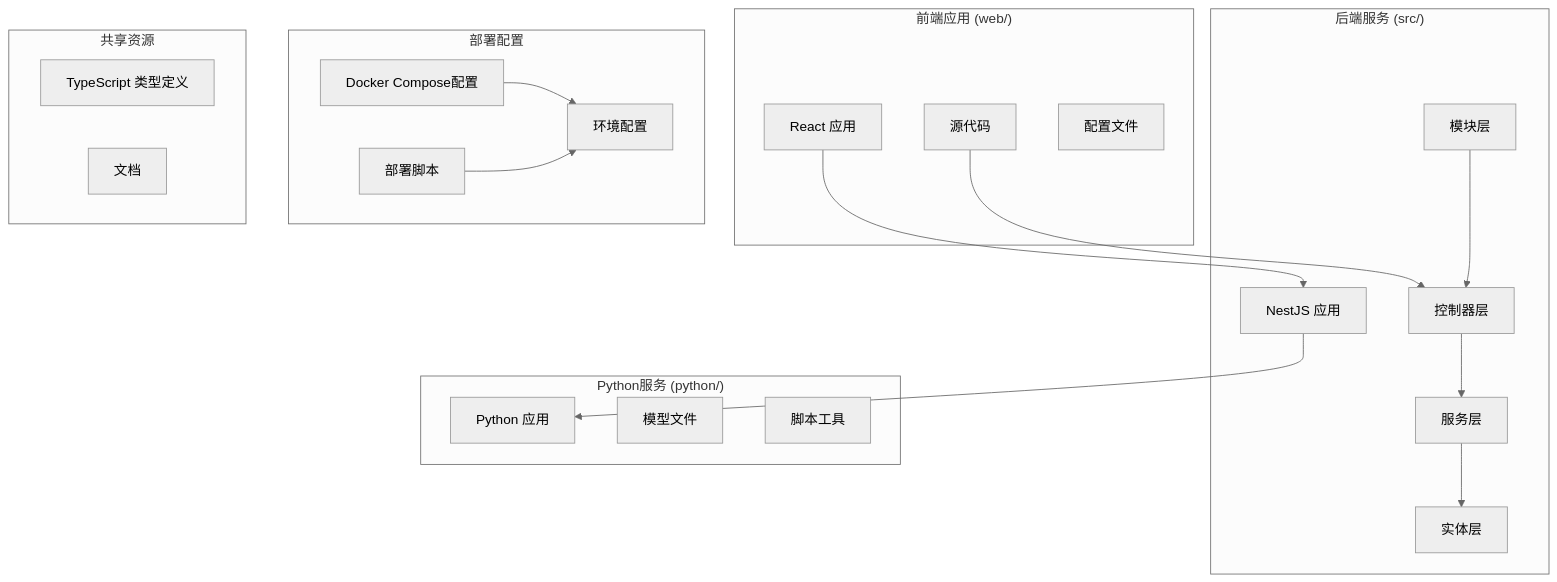
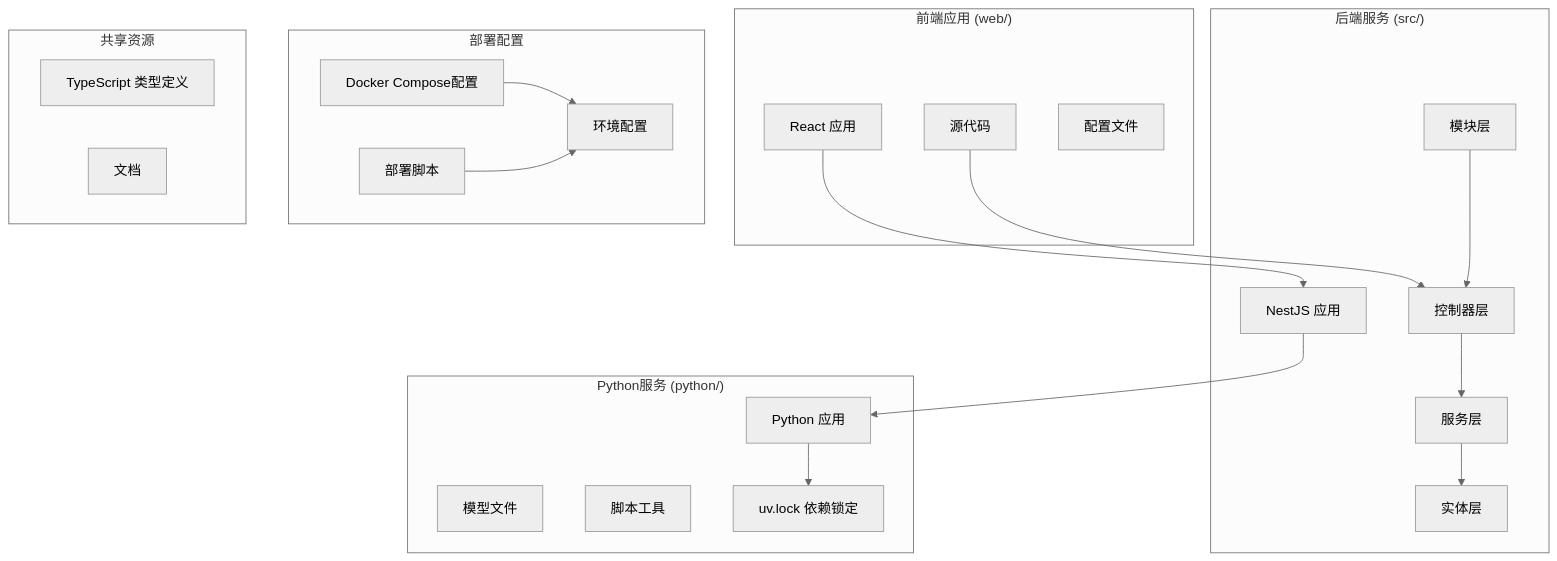
One commit to L1mingyoung/ex changed the first of 3 diagrams in .qoder/repowiki/zh/content/部署与运维/部署指南.md. Above: the diagram before and after it, drawn with Mermaid (neutral theme). The commit also changed other lines of this file and 14 other files, not shown here.

````diff
--- a/.qoder/repowiki/zh/content/部署与运维/部署指南.md
+++ b/.qoder/repowiki/zh/content/部署与运维/部署指南.md
@@ -57,37 +59,39 @@
 ```mermaid
 graph TB
 subgraph "前端应用 (web/)"
 ReactApp[React 应用]
 WebSrc[源代码]
 WebConfig[配置文件]
 end
 subgraph "后端服务 (src/)"
 NestApp[NestJS 应用]
 Controllers[控制器层]
 Services[服务层]
 Entities[实体层]
 Modules[模块层]
 end
 subgraph "Python服务 (python/)"
 PyApp[Python 应用]
 Models[模型文件]
 Scripts[脚本工具]
+UVLock[uv.lock 依赖锁定]
 end
 subgraph "部署配置"
 DockerCompose[Docker Compose配置]
 DeployScripts[部署脚本]
 EnvConfig[环境配置]
 end
 subgraph "共享资源"
 Types[TypeScript 类型定义]
 Docs[文档]
 end
 ReactApp --> NestApp
 NestApp --> PyApp
 WebSrc --> Controllers
 Controllers --> Services
 Services --> Entities
 Modules --> Controllers
 DockerCompose --> EnvConfig
 DeployScripts --> EnvConfig
+PyApp --> UVLock
 ```
````
